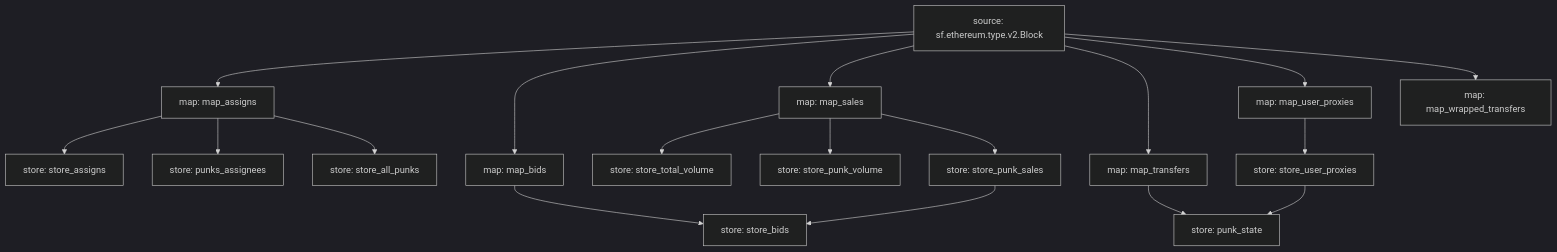
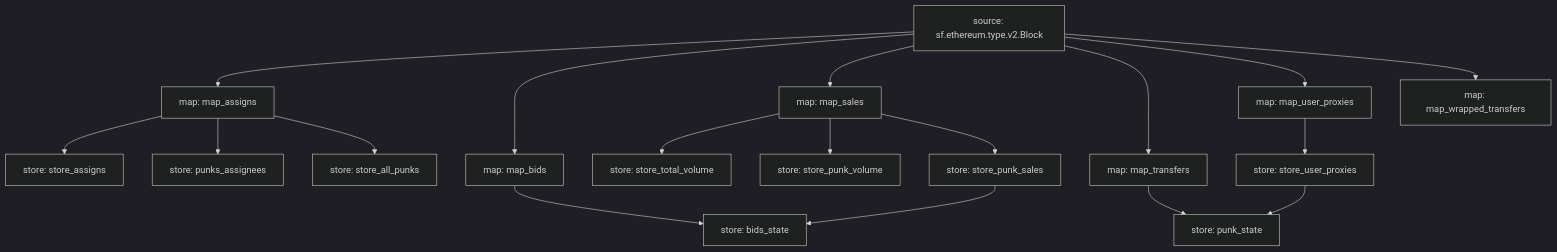
One commit to itsjerryokolo/cryptopunks_substreams changed the diagram in README.md. Above: the diagram before and after it, drawn with Mermaid (dark theme). The commit also changed 2 other files, not shown here.

Commit message:
update total volume on bid accepted sale

````diff
--- a/README.md
+++ b/README.md
@@ -3,35 +3,35 @@
 ```mermaid
 graph TD;
   map_assigns[map: map_assigns]
   sf.ethereum.type.v2.Block[source: sf.ethereum.type.v2.Block] --> map_assigns
   store_assigns[store: store_assigns]
   map_assigns --> store_assigns
   punks_assignees[store: punks_assignees]
   map_assigns --> punks_assignees
   map_bids[map: map_bids]
   sf.ethereum.type.v2.Block[source: sf.ethereum.type.v2.Block] --> map_bids
-  store_bids[store: store_bids]
-  map_bids --> store_bids
-  store_punk_sales --> store_bids
+  bids_state[store: bids_state]
+  map_bids --> bids_state
+  store_punk_sales --> bids_state
   store_all_punks[store: store_all_punks]
   map_assigns --> store_all_punks
   store_total_volume[store: store_total_volume]
   map_sales --> store_total_volume
   store_punk_volume[store: store_punk_volume]
   map_sales --> store_punk_volume
   store_punk_sales[store: store_punk_sales]
   map_sales --> store_punk_sales
   map_sales[map: map_sales]
   sf.ethereum.type.v2.Block[source: sf.ethereum.type.v2.Block] --> map_sales
   map_transfers[map: map_transfers]
   sf.ethereum.type.v2.Block[source: sf.ethereum.type.v2.Block] --> map_transfers
   punk_state[store: punk_state]
   map_transfers --> punk_state
   store_user_proxies --> punk_state
   map_user_proxies[map: map_user_proxies]
   sf.ethereum.type.v2.Block[source: sf.ethereum.type.v2.Block] --> map_user_proxies
   map_wrapped_transfers[map: map_wrapped_transfers]
   sf.ethereum.type.v2.Block[source: sf.ethereum.type.v2.Block] --> map_wrapped_transfers
   store_user_proxies[store: store_user_proxies]
   map_user_proxies --> store_user_proxies
 ```
````
